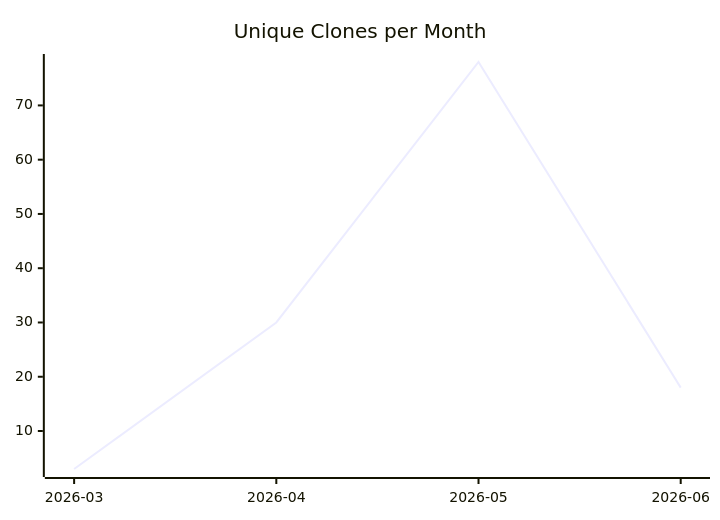
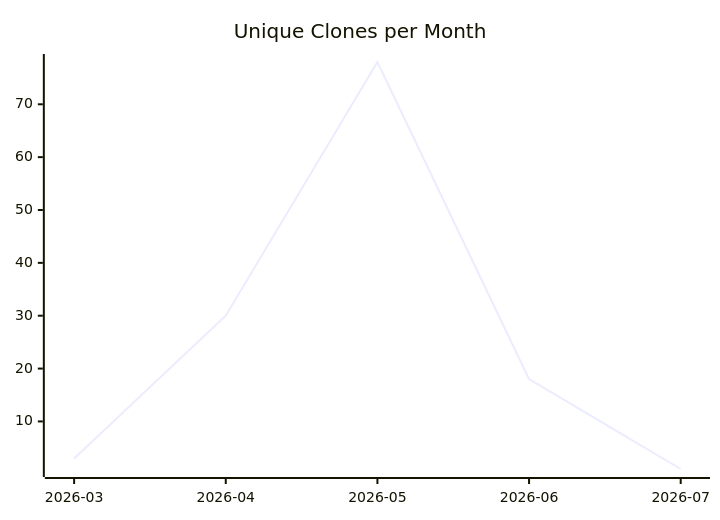
The third of 3 diagrams in karlmdavis/justdavis-ansible/README.md (justdavis-family/github-analytics-data), drawn with Mermaid before and after one commit. The commit also changed other lines of this file and 199 other files, not shown here.

````diff
--- a/karlmdavis/justdavis-ansible/README.md
+++ b/karlmdavis/justdavis-ansible/README.md
@@ -19,6 +19,6 @@
 ```mermaid
 xychart-beta
   title "Unique Clones per Month"
-  x-axis ["2026-03", "2026-04", "2026-05", "2026-06"]
-  line [3, 30, 78, 18]
+  x-axis ["2026-03", "2026-04", "2026-05", "2026-06", "2026-07"]
+  line [3, 30, 78, 18, 1]
 ```
````
